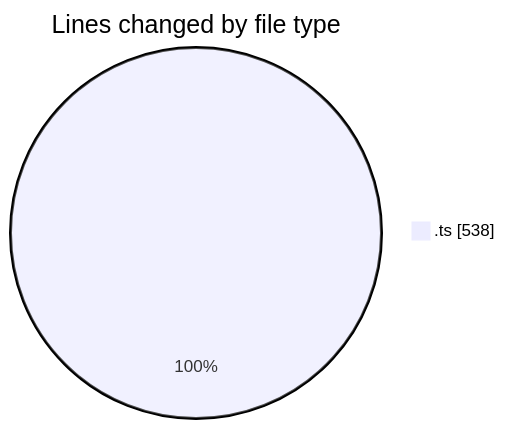
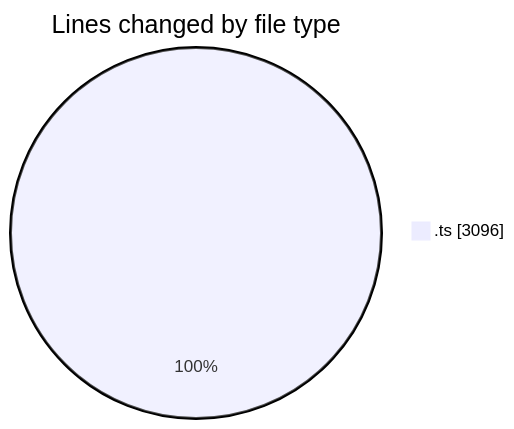
The first of 2 diagrams in 2025-07-25/cohera/README.md (JenPaints/code-tracking), drawn with Mermaid before and after one commit. The commit also changed other lines of this file and 1 other file, not shown here.

````diff
--- a/2025-07-25/cohera/README.md
+++ b/2025-07-25/cohera/README.md
@@ -20,5 +23,5 @@
 ```mermaid
 pie showData
 title Lines changed by file type
-".ts" : 538
+".ts" : 3096
 ```
````
